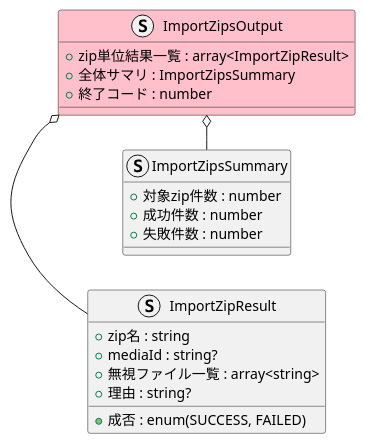
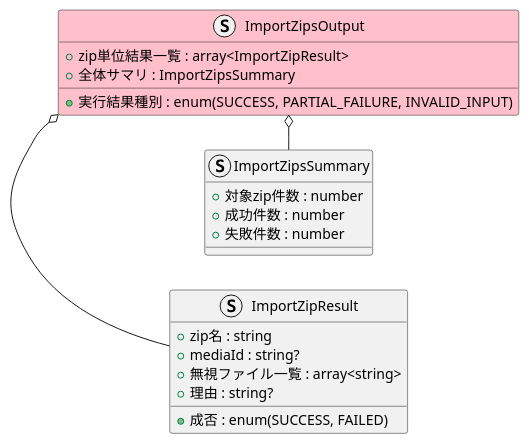
The second of 2 diagrams in doc/4_application/media/command/ImportZipsService/readme.md (hachimitu22/MangaViewer), drawn with PlantUML before and after one commit. The commit also changed other lines of this file and 2 other files, not shown here.

````diff
--- a/doc/4_application/media/command/ImportZipsService/readme.md
+++ b/doc/4_application/media/command/ImportZipsService/readme.md
@@ -36,26 +36,26 @@
 ```plantuml
 left to right direction
 
 struct ImportZipResult {
     + zip名 : string
     + 成否 : enum(SUCCESS, FAILED)
     + mediaId : string?
     + 無視ファイル一覧 : array<string>
     + 理由 : string?
 }
 
 struct ImportZipsSummary {
     + 対象zip件数 : number
     + 成功件数 : number
     + 失敗件数 : number
 }
 
 struct ImportZipsOutput #pink {
     + zip単位結果一覧 : array<ImportZipResult>
     + 全体サマリ : ImportZipsSummary
-    + 終了コード : number
+    + 実行結果種別 : enum(SUCCESS, PARTIAL_FAILURE, INVALID_INPUT)
 }
 
 ImportZipsOutput o- ImportZipResult
 ImportZipsOutput o- ImportZipsSummary
 ```
````
